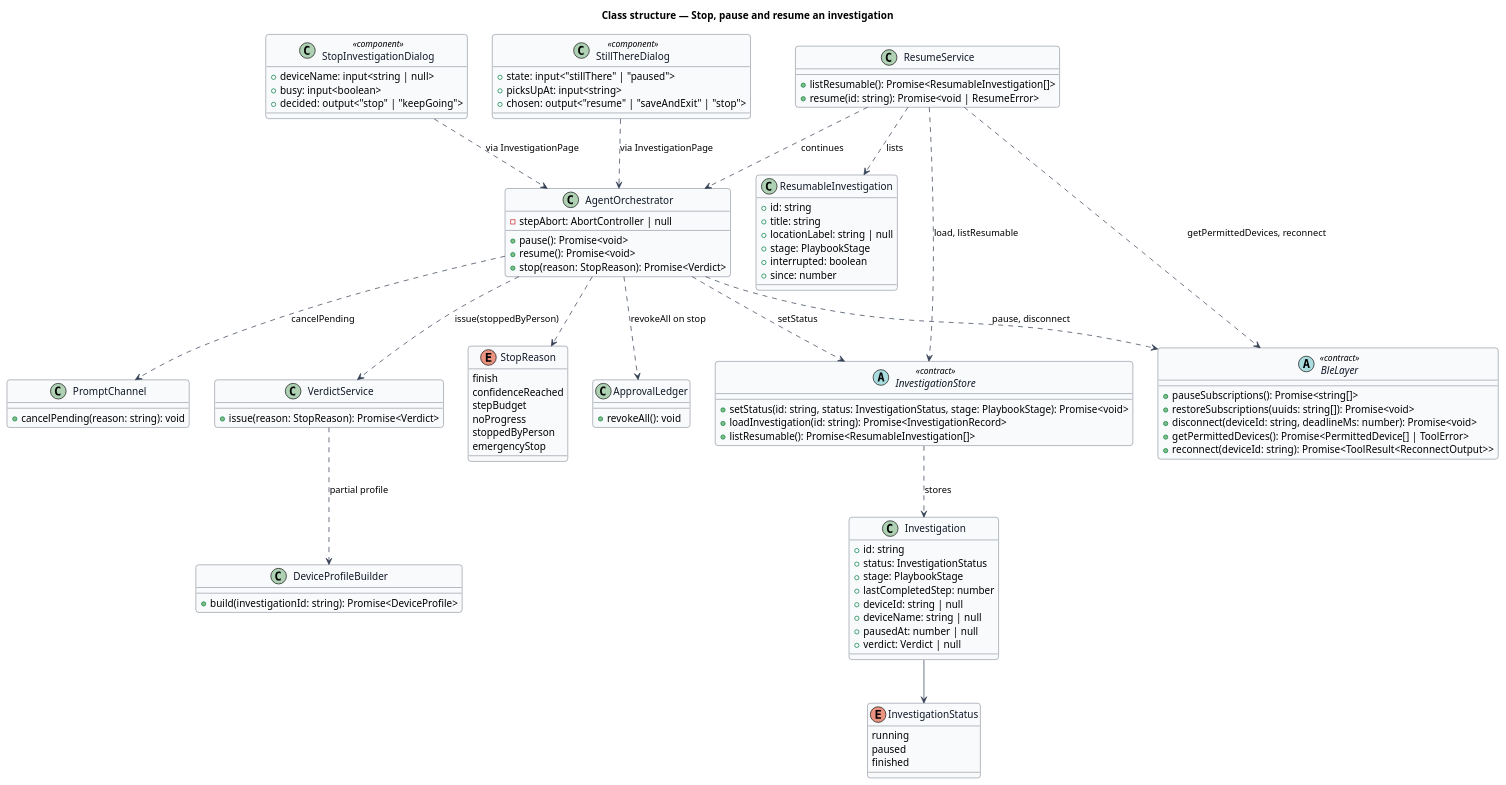
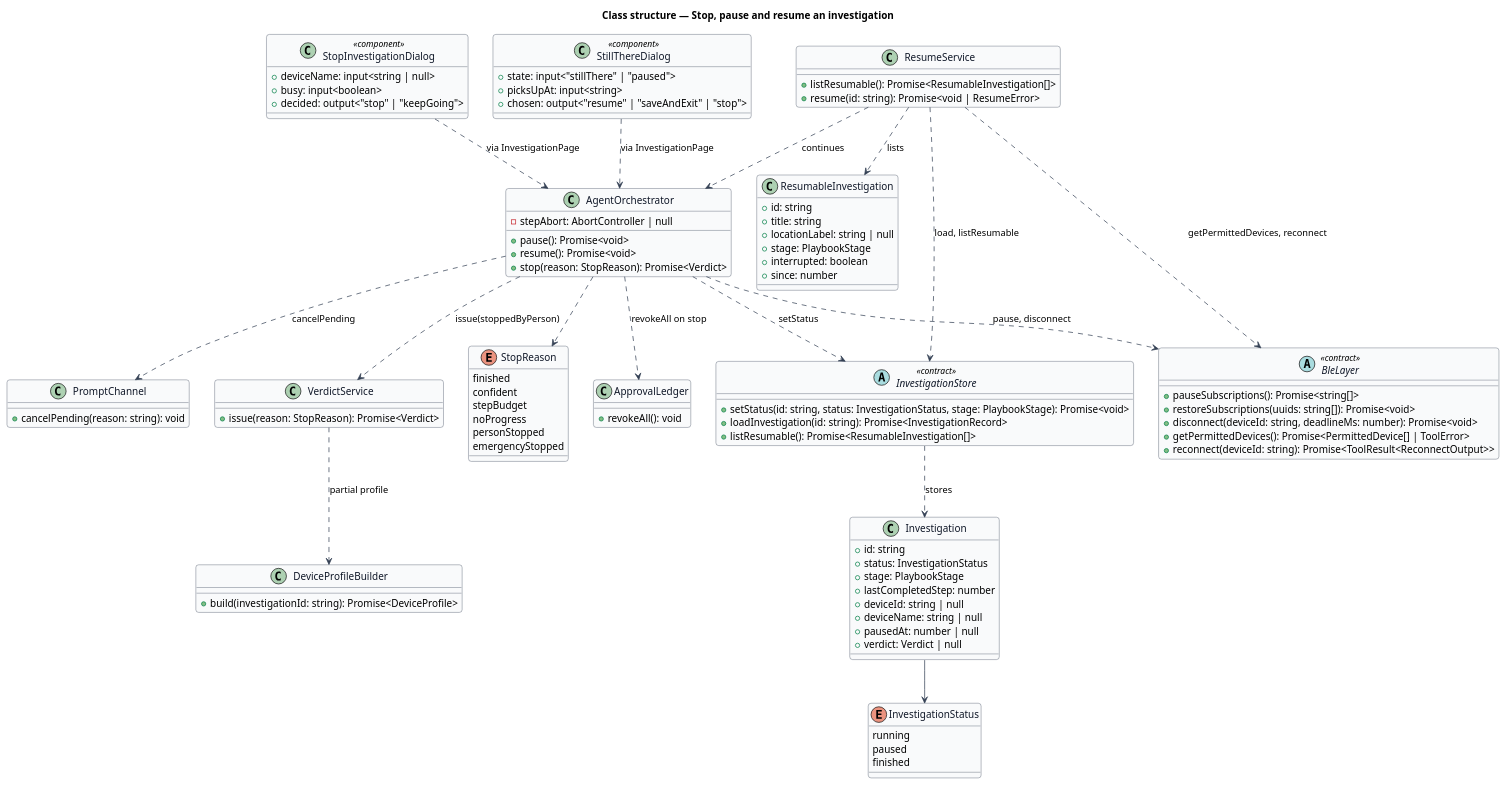
Before and after one commit to QuinntyneBrown/gattsby: the diagram in docs/detailed-designs/investigation/stop-pause-and-resume/diagrams/class-structure.puml, drawn with PlantUML. The commit also changed 24 other files, not shown here.

```diff
--- a/docs/detailed-designs/investigation/stop-pause-and-resume/diagrams/class-structure.puml
+++ b/docs/detailed-designs/investigation/stop-pause-and-resume/diagrams/class-structure.puml
@@ -1,120 +1,120 @@
 @startuml
 ' --- shared skin header ---
 skinparam backgroundColor #FFFFFF
 skinparam shadowing false
 skinparam roundcorner 8
 skinparam defaultFontName Arial
 skinparam ArrowColor #344054
 skinparam class {
   BorderColor #344054
   FontColor #101828
   BackgroundColor #F9FAFB
 }
 ' --------------------------
 title Class structure — Stop, pause and resume an investigation
 
 enum InvestigationStatus {
   running
   paused
   finished
 }
 
 enum StopReason {
-  finish
-  confidenceReached
+  finished
+  confident
   stepBudget
   noProgress
-  stoppedByPerson
-  emergencyStop
+  personStopped
+  emergencyStopped
 }
 
 class Investigation {
   +id: string
   +status: InvestigationStatus
   +stage: PlaybookStage
   +lastCompletedStep: number
   +deviceId: string | null
   +deviceName: string | null
   +pausedAt: number | null
   +verdict: Verdict | null
 }
 
 class ResumableInvestigation {
   +id: string
   +title: string
   +locationLabel: string | null
   +stage: PlaybookStage
   +interrupted: boolean
   +since: number
 }
 
 class AgentOrchestrator {
   -stepAbort: AbortController | null
   +pause(): Promise<void>
   +resume(): Promise<void>
   +stop(reason: StopReason): Promise<Verdict>
 }
 
 class ResumeService {
   +listResumable(): Promise<ResumableInvestigation[]>
   +resume(id: string): Promise<void | ResumeError>
 }
 
 abstract class InvestigationStore <<contract>> {
   +setStatus(id: string, status: InvestigationStatus, stage: PlaybookStage): Promise<void>
   +loadInvestigation(id: string): Promise<InvestigationRecord>
   +listResumable(): Promise<ResumableInvestigation[]>
 }
 
 abstract class BleLayer <<contract>> {
   +pauseSubscriptions(): Promise<string[]>
   +restoreSubscriptions(uuids: string[]): Promise<void>
   +disconnect(deviceId: string, deadlineMs: number): Promise<void>
   +getPermittedDevices(): Promise<PermittedDevice[] | ToolError>
   +reconnect(deviceId: string): Promise<ToolResult<ReconnectOutput>>
 }
 
 class ApprovalLedger {
   +revokeAll(): void
 }
 
 class PromptChannel {
   +cancelPending(reason: string): void
 }
 
 class VerdictService {
   +issue(reason: StopReason): Promise<Verdict>
 }
 
 class DeviceProfileBuilder {
   +build(investigationId: string): Promise<DeviceProfile>
 }
 
 class StopInvestigationDialog <<component>> {
   +deviceName: input<string | null>
   +busy: input<boolean>
   +decided: output<"stop" | "keepGoing">
 }
 
 class StillThereDialog <<component>> {
   +state: input<"stillThere" | "paused">
   +picksUpAt: input<string>
   +chosen: output<"resume" | "saveAndExit" | "stop">
 }
 
 AgentOrchestrator ..> ApprovalLedger : revokeAll on stop
 AgentOrchestrator ..> PromptChannel : cancelPending
 AgentOrchestrator ..> BleLayer : pause, disconnect
 AgentOrchestrator ..> VerdictService : issue(stoppedByPerson)
 VerdictService ..> DeviceProfileBuilder : partial profile
 AgentOrchestrator ..> InvestigationStore : setStatus
 ResumeService ..> InvestigationStore : load, listResumable
 ResumeService ..> BleLayer : getPermittedDevices, reconnect
 ResumeService ..> AgentOrchestrator : continues
 ResumeService ..> ResumableInvestigation : lists
 InvestigationStore ..> Investigation : stores
 Investigation --> InvestigationStatus
 AgentOrchestrator ..> StopReason
 StopInvestigationDialog ..> AgentOrchestrator : via InvestigationPage
 StillThereDialog ..> AgentOrchestrator : via InvestigationPage
 @enduml
```
